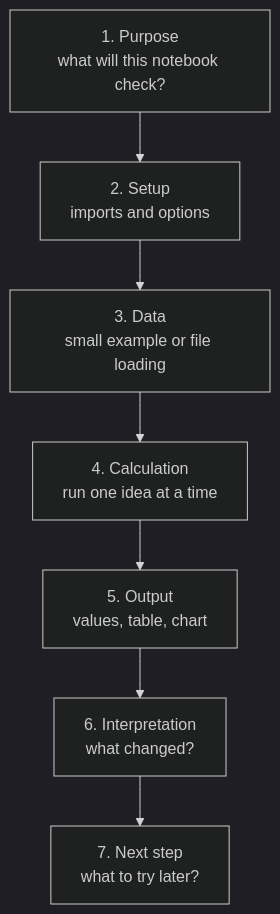
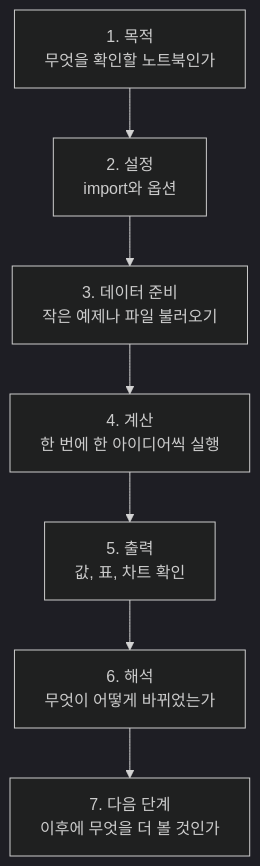
Before and after one commit to devchan64/AiBook: the second of 3 diagrams in docs/parts/part-02/chapter-10/section-03.md, drawn with Mermaid (dark theme). The commit also changed other lines of this file and 17 other files, not shown here.

Commit message:
docs: localize more part 2 mermaid diagrams

````diff
--- a/docs/parts/part-02/chapter-10/section-03.md
+++ b/docs/parts/part-02/chapter-10/section-03.md
@@ -106,12 +106,12 @@
 ```mermaid
 flowchart TB
-  A["1. Purpose<br/>what will this notebook check?"]
-  B["2. Setup<br/>imports and options"]
-  C["3. Data<br/>small example or file loading"]
-  D["4. Calculation<br/>run one idea at a time"]
-  E["5. Output<br/>values, table, chart"]
-  F["6. Interpretation<br/>what changed?"]
-  G["7. Next step<br/>what to try later?"]
+  A["1. 목적<br/>무엇을 확인할 노트북인가"]
+  B["2. 설정<br/>import와 옵션"]
+  C["3. 데이터 준비<br/>작은 예제나 파일 불러오기"]
+  D["4. 계산<br/>한 번에 한 아이디어씩 실행"]
+  E["5. 출력<br/>값, 표, 차트 확인"]
+  F["6. 해석<br/>무엇이 어떻게 바뀌었는가"]
+  G["7. 다음 단계<br/>이후에 무엇을 더 볼 것인가"]
 
   A --> B --> C --> D --> E --> F --> G
 ```
````
